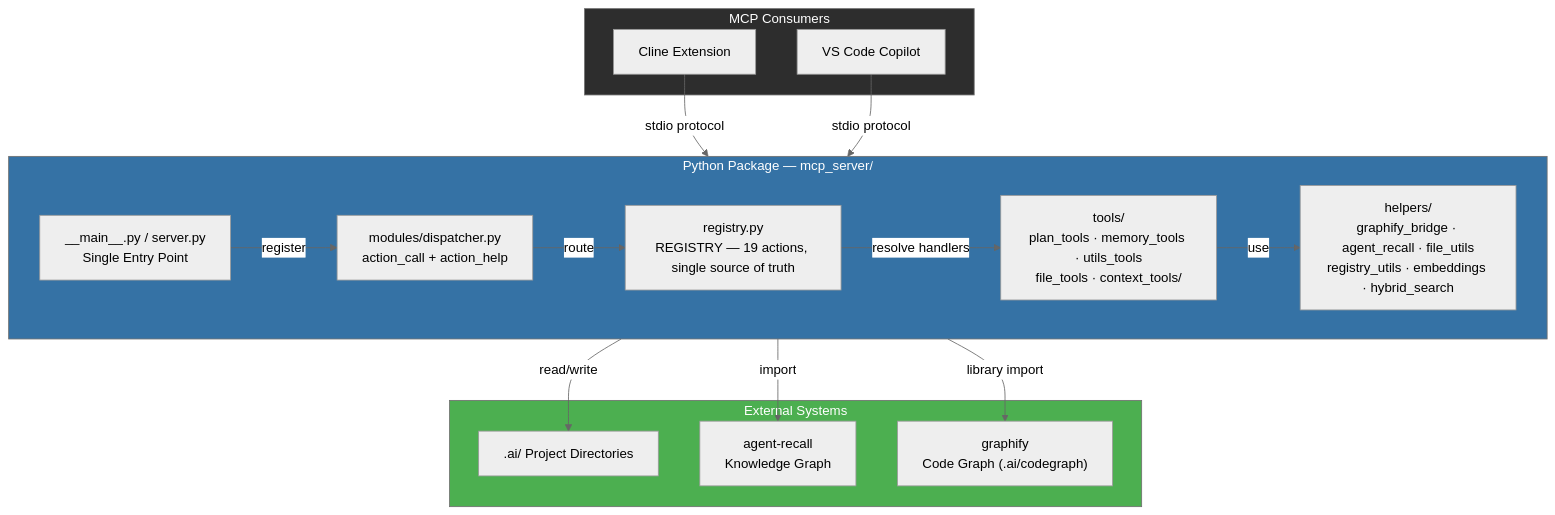
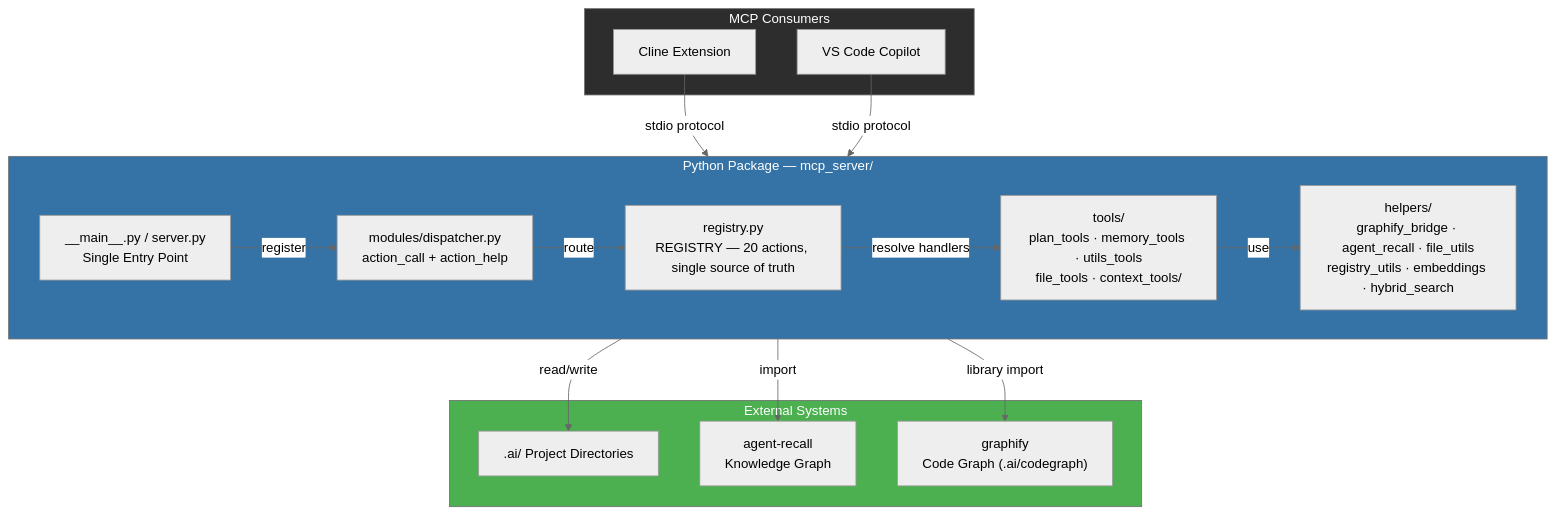
One commit to awsomplak/awlab-ai-assistant changed the first of 2 diagrams in src/mcp_server/README.md. Above: the diagram before and after it, drawn with Mermaid (neutral theme). The commit also changed other lines of this file and 7 other files, not shown here.

````diff
--- a/src/mcp_server/README.md
+++ b/src/mcp_server/README.md
@@ -15,35 +15,35 @@
 ```mermaid
 graph TB
   subgraph SERVER["Python Package — mcp_server/"]
     direction LR
     MAIN["__main__.py / server.py<br/>Single Entry Point"]
     DISP["modules/dispatcher.py<br/>action_call + action_help"]
-    REG["registry.py<br/>REGISTRY — 19 actions, single source of truth"]
+    REG["registry.py<br/>REGISTRY — 20 actions, single source of truth"]
     TOOLS["tools/<br/>plan_tools · memory_tools · utils_tools<br/>file_tools · context_tools/"]
     HELPERS["helpers/<br/>graphify_bridge · agent_recall · file_utils<br/>registry_utils · embeddings · hybrid_search"]
   end
 
   subgraph CLIENTS["MCP Consumers"]
     CL["Cline Extension"]
     CP["VS Code Copilot"]
   end
 
   subgraph EXTERNAL["External Systems"]
     FS[".ai/ Project Directories"]
     AG["agent-recall<br/>Knowledge Graph"]
     CG["graphify<br/>Code Graph (.ai/codegraph)"]
   end
 
   CL & CP -->|"stdio protocol"| MAIN
   MAIN -->|"register"| DISP
   DISP -->|"route"| REG
   REG -->|"resolve handlers"| TOOLS
   TOOLS -->|"use"| HELPERS
   HELPERS -->|"read/write"| FS
   HELPERS -->|"import"| AG
   HELPERS -->|"library import"| CG
 
   style SERVER fill:#3572A5,color:#fff
   style CLIENTS fill:#2d2d2d,color:#fff
   style EXTERNAL fill:#4caf50,color:#fff
 ```
````
